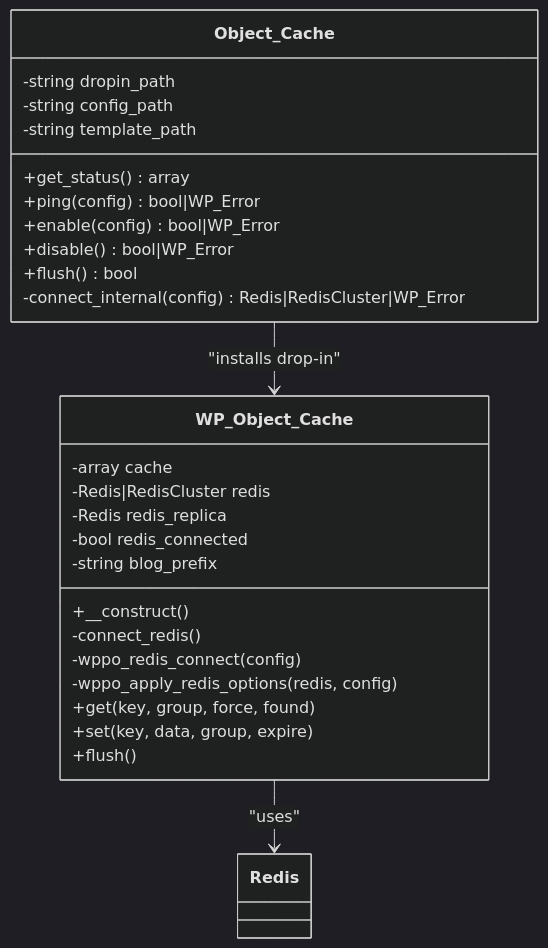
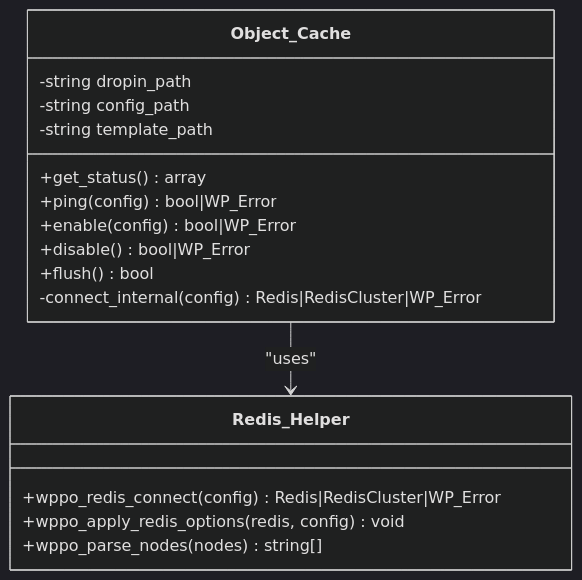
Before and after one commit to nilesh32236/performance-optimisation: the third of 7 diagrams in .qoder/repowiki/en/content/Advanced Features/Object Cache Integration.md, drawn with Mermaid (dark theme). The commit also changed other lines of this file and 46 other files, not shown here.

````diff
--- a/.qoder/repowiki/en/content/Advanced Features/Object Cache Integration.md
+++ b/.qoder/repowiki/en/content/Advanced Features/Object Cache Integration.md
@@ -140,30 +134,20 @@
 ```mermaid
 classDiagram
 class Object_Cache {
 -string dropin_path
 -string config_path
 -string template_path
 +get_status() array
 +ping(config) bool|WP_Error
 +enable(config) bool|WP_Error
 +disable() bool|WP_Error
 +flush() bool
 -connect_internal(config) Redis|RedisCluster|WP_Error
 }
-class WP_Object_Cache {
--array cache
--Redis|RedisCluster redis
--Redis redis_replica
--bool redis_connected
--string blog_prefix
-+__construct()
--connect_redis()
--wppo_redis_connect(config)
--wppo_apply_redis_options(redis, config)
-+get(key, group, force, found)
-+set(key, data, group, expire)
-+flush()
+class Redis_Helper {
++wppo_redis_connect(config) Redis|RedisCluster|WP_Error
++wppo_apply_redis_options(redis, config) void
++wppo_parse_nodes(nodes) string[]
 }
-Object_Cache --> WP_Object_Cache : "installs drop-in"
-WP_Object_Cache --> Redis : "uses"
+Object_Cache --> Redis_Helper : "uses"
 ```
````
